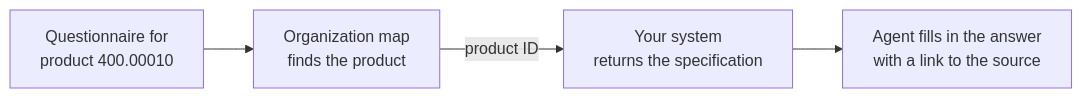
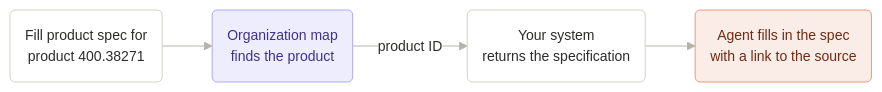
Before and after one commit to passionfruit-earth/docs: the diagram in docs/integrate-with-passionfruit.mdx, drawn with Mermaid. The commit also changed 1 other file, not shown here.

Commit message:
Restyle example flow and use product spec example

````diff
--- a/docs/integrate-with-passionfruit.mdx
+++ b/docs/integrate-with-passionfruit.mdx
@@ -91,6 +91,13 @@
 ```mermaid
+%%{init: {"theme": "base", "themeVariables": {"fontFamily": "Inter, sans-serif", "fontSize": "14px", "lineColor": "#B4B2A9", "edgeLabelBackground": "#FFFFFF", "primaryTextColor": "#2C2C2A"}}}%%
 flowchart LR
-  A["Questionnaire for<br/>product 400.00010"] --> B["Organization map<br/>finds the product"]
-  B -->|"product ID"| C["Your system<br/>returns the specification"]
-  C --> D["Agent fills in the answer<br/>with a link to the source"]
+  A("Fill product spec for<br/>product 400.38271") --> B("Organization map<br/>finds the product")
+  B -- "product ID" --> C("Your system<br/>returns the specification")
+  C --> D("Agent fills in the spec<br/>with a link to the source")
+  classDef step fill:#FFFFFF,stroke:#D3D1C7,stroke-width:1px,color:#2C2C2A
+  classDef pf fill:#EEEDFE,stroke:#AFA9EC,stroke-width:1px,color:#3C3489
+  classDef agent fill:#FAECE7,stroke:#F0997B,stroke-width:1px,color:#712B13
+  class A,C step
+  class B pf
+  class D agent
 ```
````
